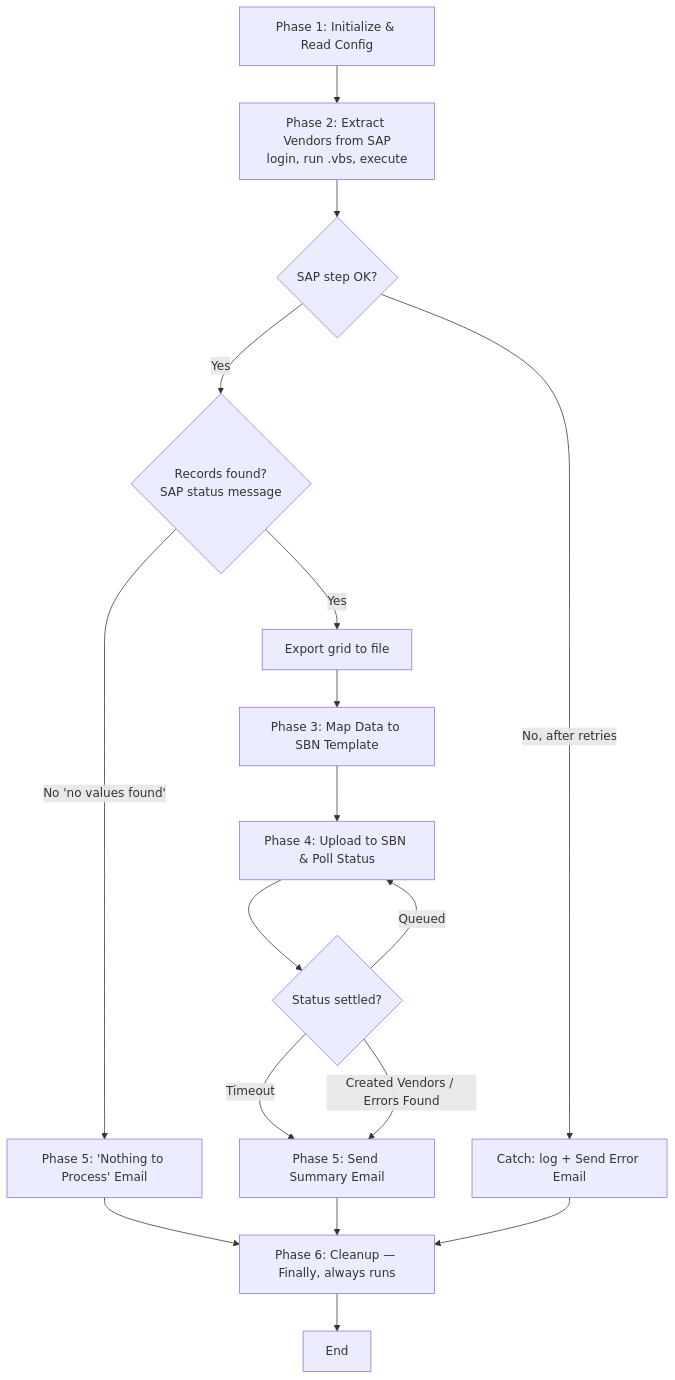
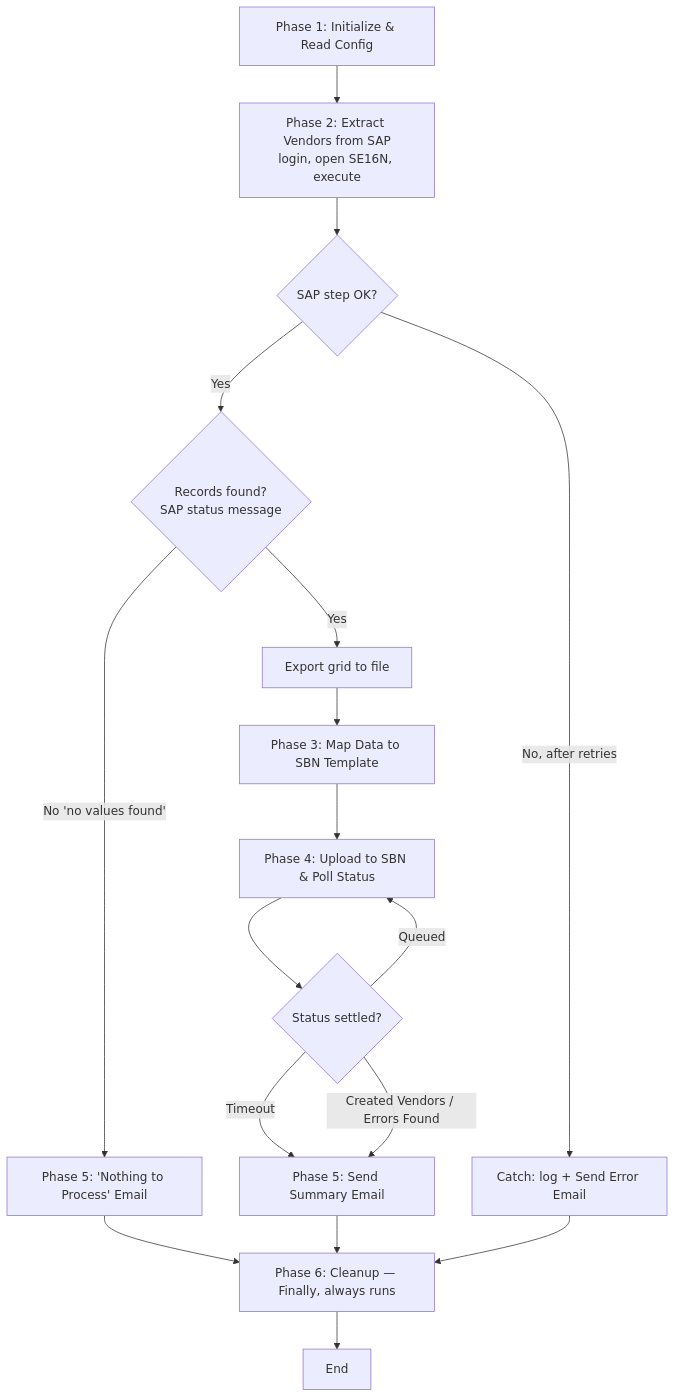
The diagram in vendor-sbn-upload-bot/docs/high-level-design.md (vitep111/RPA), drawn with Mermaid before and after one commit. The commit also changed other lines of this file and 5 other files, not shown here.

````diff
--- a/vendor-sbn-upload-bot/docs/high-level-design.md
+++ b/vendor-sbn-upload-bot/docs/high-level-design.md
@@ -45,21 +45,21 @@
 ```mermaid
 graph TD
-    A[Phase 1: Initialize & Read Config] --> B[Phase 2: Extract Vendors from SAP<br/>login, run .vbs, execute]
+    A[Phase 1: Initialize & Read Config] --> B[Phase 2: Extract Vendors from SAP<br/>login, open SE16N, execute]
     B --> Bok{SAP step OK?}
     Bok -->|No, after retries| CATCH[Catch: log + Send Error Email]
     Bok -->|Yes| Rec{Records found?<br/>SAP status message}
     Rec -->|No 'no values found'| NP[Phase 5: 'Nothing to Process' Email]
     Rec -->|Yes| Exp[Export grid to file] --> C[Phase 3: Map Data to SBN Template]
     C --> D[Phase 4: Upload to SBN & Poll Status]
     D --> Poll{Status settled?}
     Poll -->|Queued| D
     Poll -->|Timeout| E
     Poll -->|Created Vendors / Errors Found| E[Phase 5: Send Summary Email]
     NP --> FIN
     E --> FIN
     CATCH --> FIN[Phase 6: Cleanup — Finally, always runs]
     FIN --> F[End]
 
     %% Note: an outer Try-Catch-Finally wraps Phases 1-5; a technical
     %% failure in any phase routes to Catch, then Finally cleanup.
 ```
````
